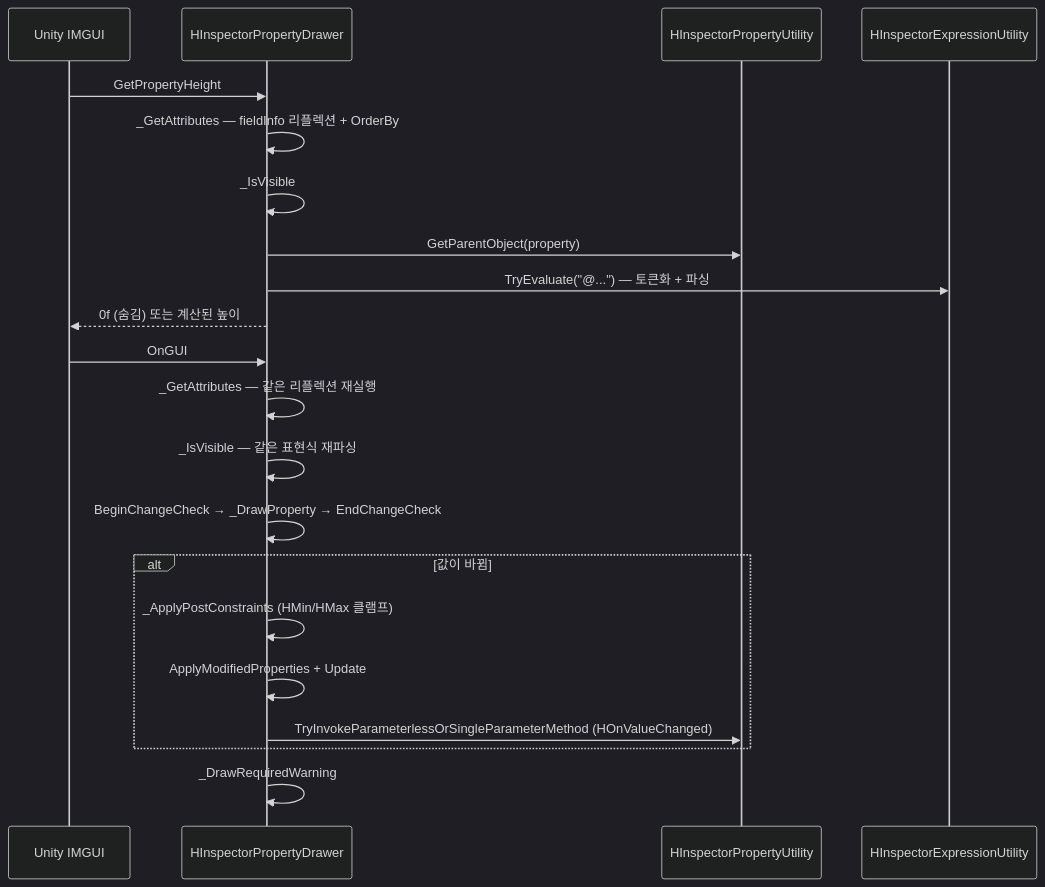
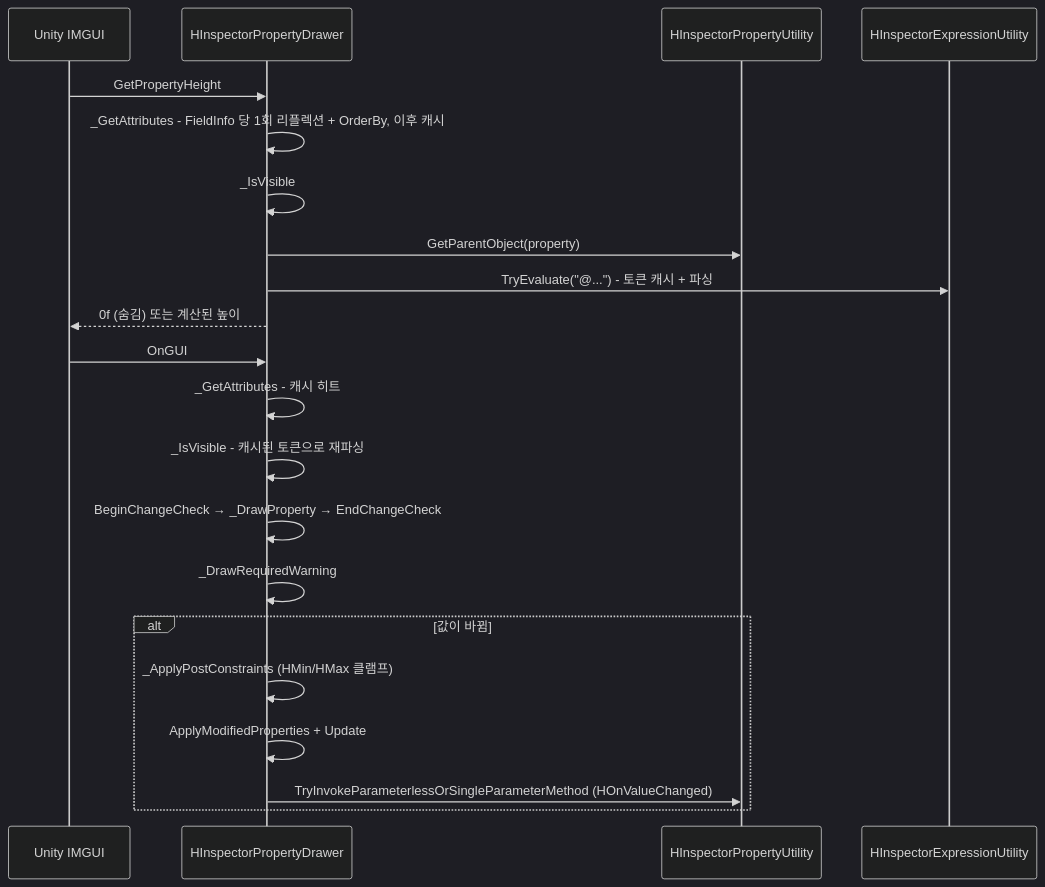
The third of 5 diagrams in HInspector/Editor/README.md (HoHong123/HCUP-Unity), drawn with Mermaid (dark theme) before and after one commit. The commit also changed other lines of this file, not shown here.

````diff
--- a/HInspector/Editor/README.md
+++ b/HInspector/Editor/README.md
@@ -132,25 +143,25 @@
 ```mermaid
 sequenceDiagram
     participant U as Unity IMGUI
     participant D as HInspectorPropertyDrawer
     participant P as HInspectorPropertyUtility
     participant E as HInspectorExpressionUtility
 
     U->>D: GetPropertyHeight
-    D->>D: _GetAttributes — fieldInfo 리플렉션 + OrderBy
+    D->>D: _GetAttributes - FieldInfo 당 1회 리플렉션 + OrderBy, 이후 캐시
     D->>D: _IsVisible
     D->>P: GetParentObject(property)
-    D->>E: TryEvaluate("@...") — 토큰화 + 파싱
+    D->>E: TryEvaluate("@...") - 토큰 캐시 + 파싱
     D-->>U: 0f (숨김) 또는 계산된 높이
 
     U->>D: OnGUI
-    D->>D: _GetAttributes — 같은 리플렉션 재실행
-    D->>D: _IsVisible — 같은 표현식 재파싱
+    D->>D: _GetAttributes - 캐시 히트
+    D->>D: _IsVisible - 캐시된 토큰으로 재파싱
     D->>D: BeginChangeCheck → _DrawProperty → EndChangeCheck
+    D->>D: _DrawRequiredWarning
     alt 값이 바뀜
         D->>D: _ApplyPostConstraints (HMin/HMax 클램프)
         D->>D: ApplyModifiedProperties + Update
         D->>P: TryInvokeParameterlessOrSingleParameterMethod (HOnValueChanged)
     end
-    D->>D: _DrawRequiredWarning
 ```
````
